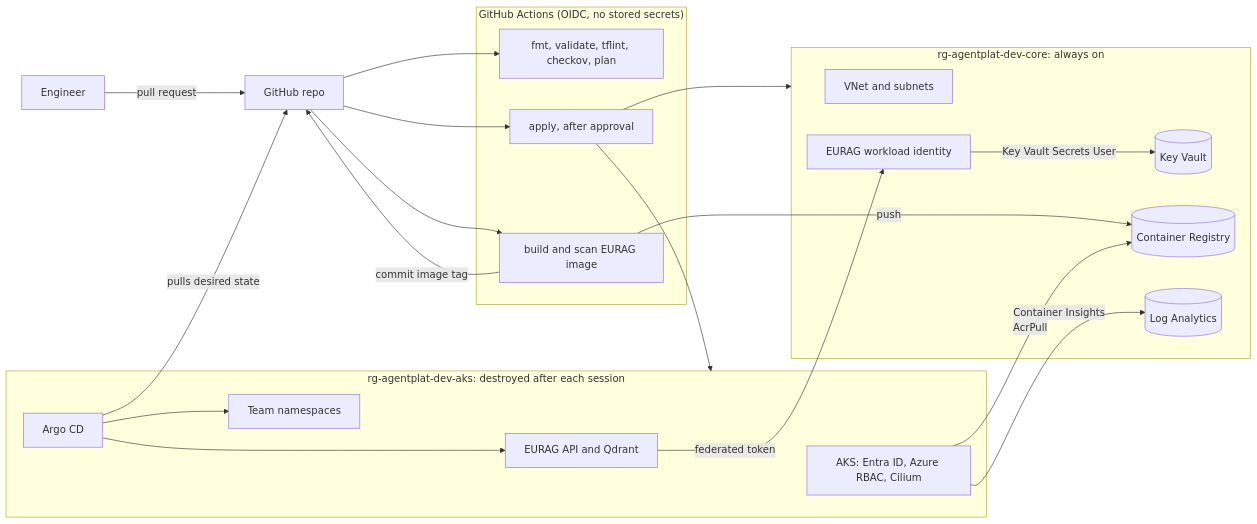
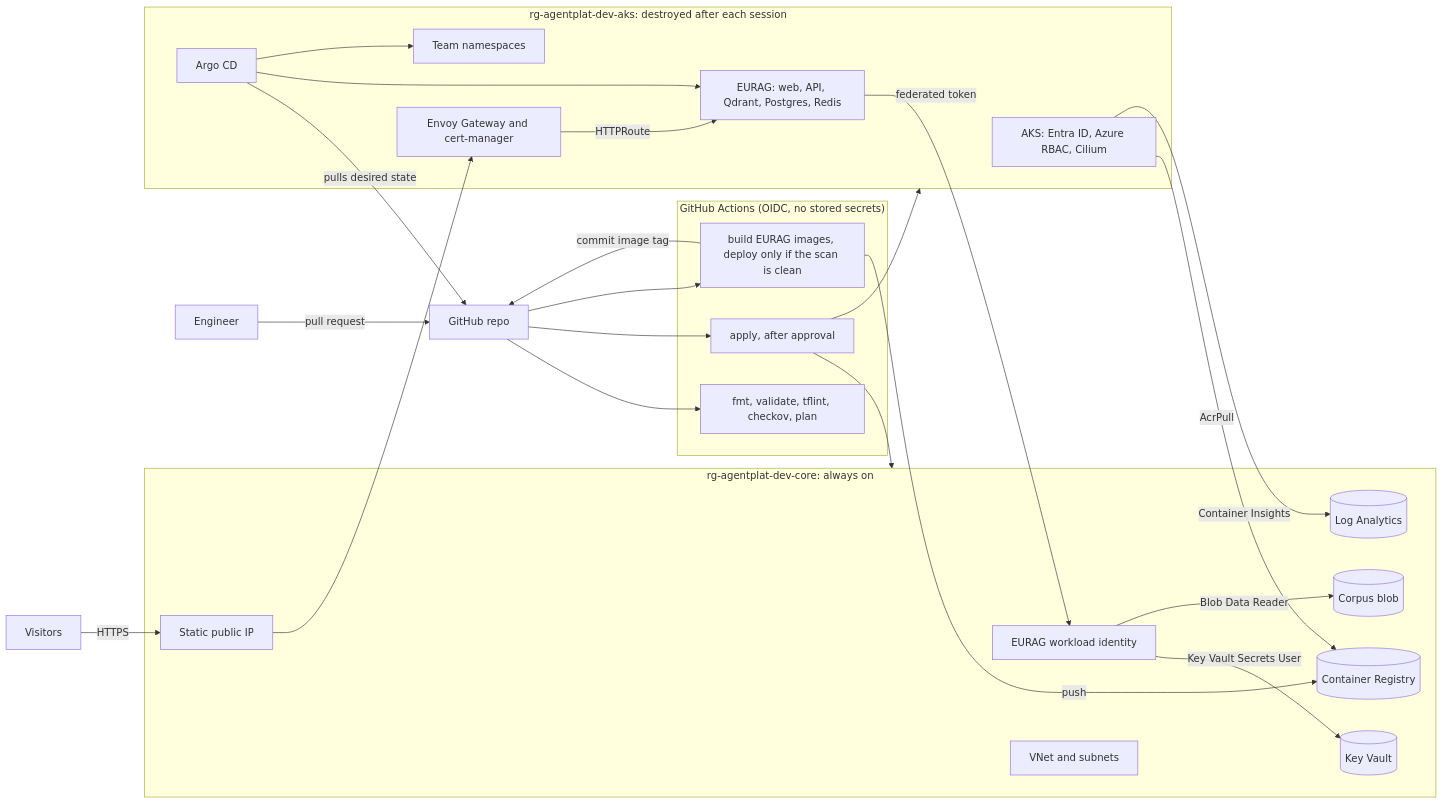
Before and after one commit to kashastic/azure-agent-platform: the diagram in README.md, drawn with Mermaid. The commit also changed other lines of this file, not shown here.

Commit message:
README: public entry point, security, cost and limits

````diff
--- a/README.md
+++ b/README.md
@@ -34,41 +36,49 @@
 ```mermaid
 flowchart LR
     eng["Engineer"] -->|pull request| repo["GitHub repo"]
 
     subgraph gha["GitHub Actions (OIDC, no stored secrets)"]
         checks["fmt, validate, tflint, checkov, plan"]
         apply["apply, after approval"]
-        build["build and scan EURAG image"]
+        build["build EURAG images, deploy only if the scan is clean"]
     end
 
     repo --> checks
     repo --> apply
     repo --> build
     build -->|commit image tag| repo
 
     subgraph core["rg-agentplat-dev-core: always on"]
         vnet["VNet and subnets"]
         kv[("Key Vault")]
         acr[("Container Registry")]
         law[("Log Analytics")]
         wid["EURAG workload identity"]
+        pip["Static public IP"]
+        blob[("Corpus blob")]
     end
 
     subgraph aksrg["rg-agentplat-dev-aks: destroyed after each session"]
         aks["AKS: Entra ID, Azure RBAC, Cilium"]
         argo["Argo CD"]
-        eurag["EURAG API and Qdrant"]
+        gw["Envoy Gateway and cert-manager"]
+        eurag["EURAG: web, API, Qdrant, Postgres, Redis"]
         ns["Team namespaces"]
     end
+
+    user["Visitors"] -->|HTTPS| pip
+    pip --> gw
+    gw -->|HTTPRoute| eurag
 
     build -->|push| acr
     apply --> core
     apply --> aksrg
     argo -->|pulls desired state| repo
     argo --> eurag
     argo --> ns
     eurag -->|federated token| wid
     wid -->|Key Vault Secrets User| kv
+    wid -->|Blob Data Reader| blob
     aks -->|AcrPull| acr
     aks -->|Container Insights| law
 ```
````
